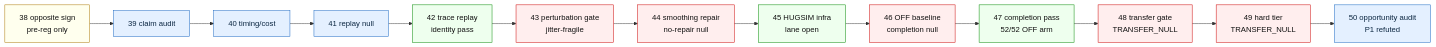
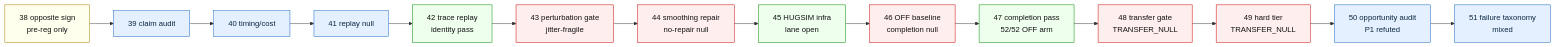
The fourth of 6 diagrams in README.md (manfromnowhere143/sentinel), drawn with Mermaid before and after one commit. The commit also changed other lines of this file and 6 other files, not shown here.

Commit message:
iter51: publish HUGSIM failure taxonomy

````diff
--- a/README.md
+++ b/README.md
@@ -198,24 +202,25 @@
 ```mermaid
 flowchart LR
   O38["38 opposite sign<br/>pre-reg only"] --> A39["39 claim audit"]
   A39 --> A40["40 timing/cost"]
   A40 --> A41["41 replay null"]
   A41 --> A42["42 trace replay<br/>identity pass"]
   A42 --> A43["43 perturbation gate<br/>jitter-fragile"]
   A43 --> A44["44 smoothing repair<br/>no-repair null"]
   A44 --> A45["45 HUGSIM infra<br/>lane open"]
   A45 --> A46["46 OFF baseline<br/>completion null"]
   A46 --> A47["47 completion pass<br/>52/52 OFF arm"]
   A47 --> A48["48 transfer gate<br/>TRANSFER_NULL"]
   A48 --> A49["49 hard tier<br/>TRANSFER_NULL"]
   A49 --> A50["50 opportunity audit<br/>P1 refuted"]
+  A50 --> A51["51 failure taxonomy<br/>mixed"]
   classDef ask fill:#ffe,stroke:#a70,color:#111;
   classDef audit fill:#e4f0ff,stroke:#1565c0,color:#0c2742;
   classDef win fill:#efe,stroke:#080,color:#111;
   classDef bad fill:#fee,stroke:#c00,color:#111;
   class O38 ask;
   class A39,A40,A41 audit;
   class A42,A45,A47 win;
   class A43,A44,A46,A48,A49 bad;
-  class A50 audit;
+  class A50,A51 audit;
 ```
````
